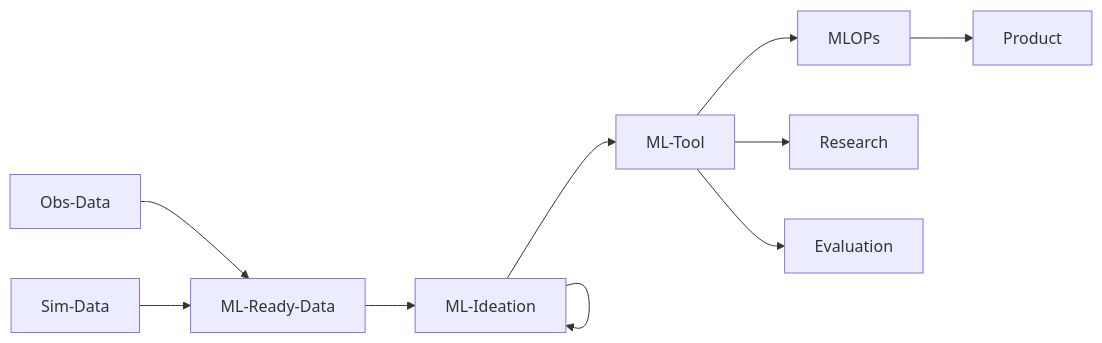
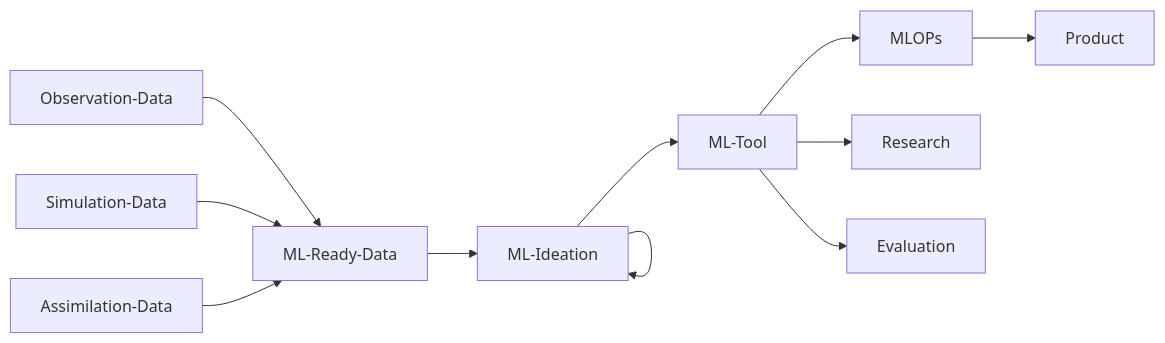
Before and after one commit to jejjohnson/mfourdvar: the first of 3 diagrams in content/oceanbench/overview.md, drawn with Mermaid. The commit also changed other lines of this file and 3 other files, not shown here.

````diff
--- a/content/oceanbench/overview.md
+++ b/content/oceanbench/overview.md
@@ -28,12 +28,13 @@
 ```{mermaid}
 graph LR
-    Obs-Data --> ML-Ready-Data
-    Sim-Data --> ML-Ready-Data
+    Observation-Data --> ML-Ready-Data
+    Simulation-Data --> ML-Ready-Data
+    Assimilation-Data --> ML-Ready-Data
     ML-Ready-Data --> ML-Ideation
     ML-Ideation --> ML-Ideation
     ML-Ideation --> ML-Tool
     ML-Tool --> MLOPs
     ML-Tool --> Research
     ML-Tool --> Evaluation
     MLOPs --> Product
 ```
````
